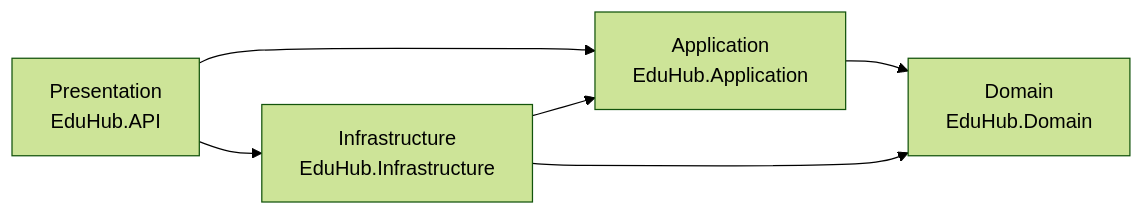
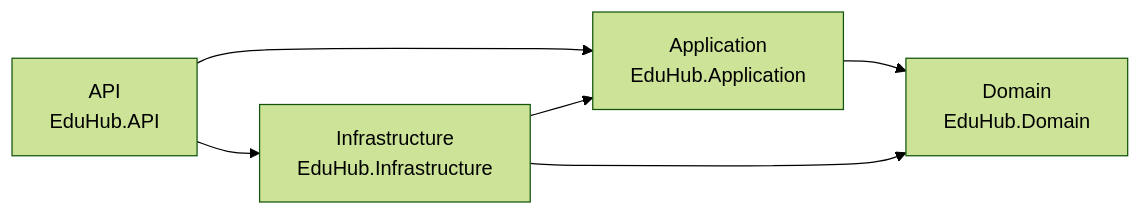
Before and after one commit to 0024417463-dotcom/IN4211-GK--0024417463-: the second of 2 diagrams in TRA-LOI.md, drawn with Mermaid (forest theme). The commit also changed other lines of this file, not shown here.

````diff
--- a/TRA-LOI.md
+++ b/TRA-LOI.md
@@ -66,8 +66,8 @@
 ```mermaid
 flowchart LR
-    API["Presentation<br/>EduHub.API"] --> APP["Application<br/>EduHub.Application"]
+    API["API<br/>EduHub.API"] --> APP["Application<br/>EduHub.Application"]
     API --> INF["Infrastructure<br/>EduHub.Infrastructure"]
     INF --> APP
     INF --> DOM["Domain<br/>EduHub.Domain"]
     APP --> DOM
 ```
````
